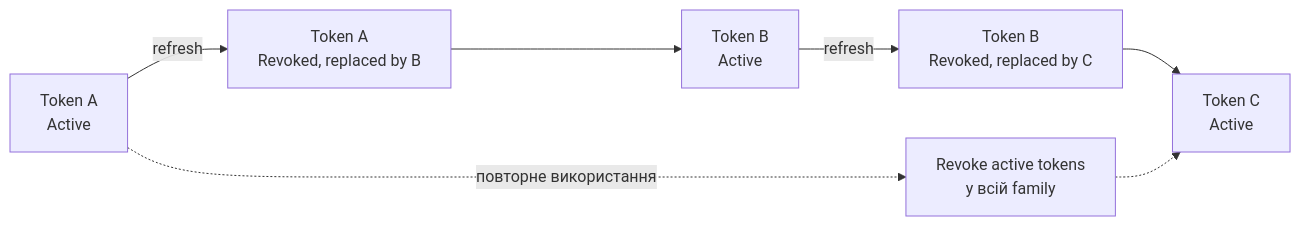
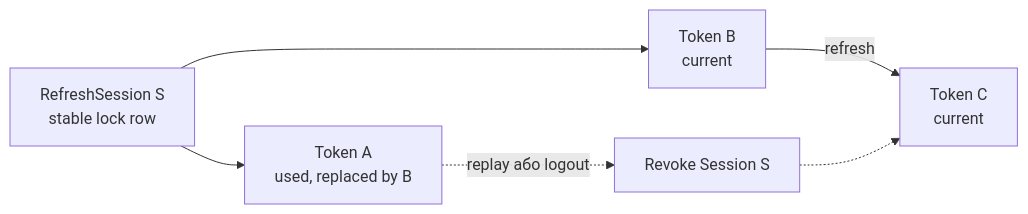
Before and after one commit to SqeeZarion/AiControlCenter: the fifth of 6 diagrams in docs/identity/authentication-flow.md, drawn with Mermaid. The commit also changed other lines of this file and 58 other files, not shown here.

````diff
--- a/docs/identity/authentication-flow.md
+++ b/docs/identity/authentication-flow.md
@@ -332,9 +333,8 @@
 ```mermaid
 flowchart LR
-    A["Token A<br/>Active"] -->|"refresh"| AR["Token A<br/>Revoked, replaced by B"]
-    AR --> B["Token B<br/>Active"]
-    B -->|"refresh"| BR["Token B<br/>Revoked, replaced by C"]
-    BR --> C["Token C<br/>Active"]
-    A -.->|"повторне використання"| R["Revoke active tokens<br/>у всій family"]
+    S["RefreshSession S<br/>stable lock row"] --> A["Token A<br/>used, replaced by B"]
+    S --> B["Token B<br/>current"]
+    B -->|"refresh"| C["Token C<br/>current"]
+    A -.->|"replay або logout"| R["Revoke Session S"]
     R -.-> C
 ```
````
